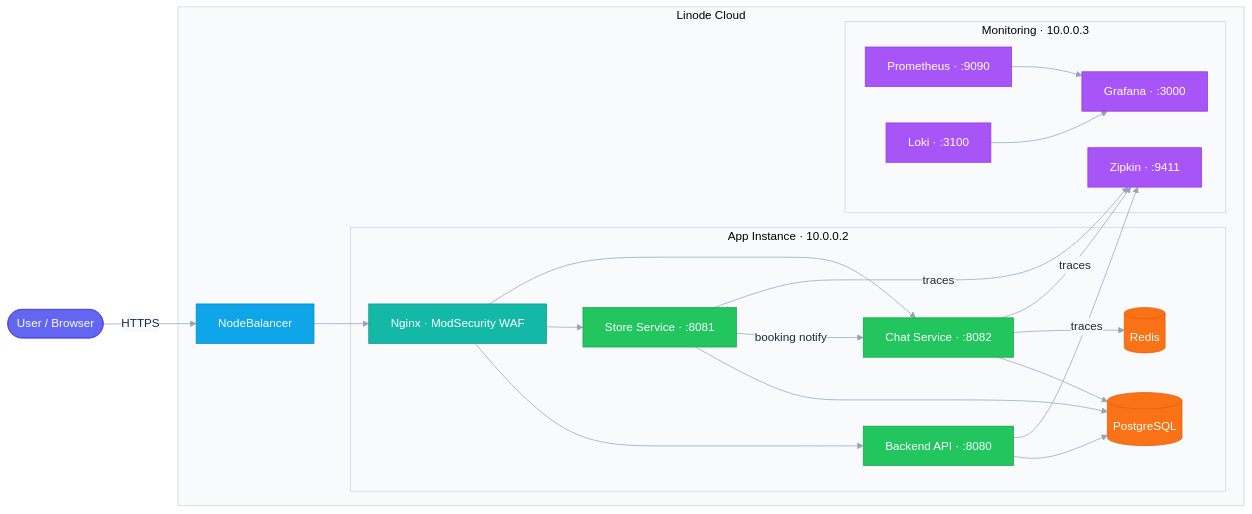
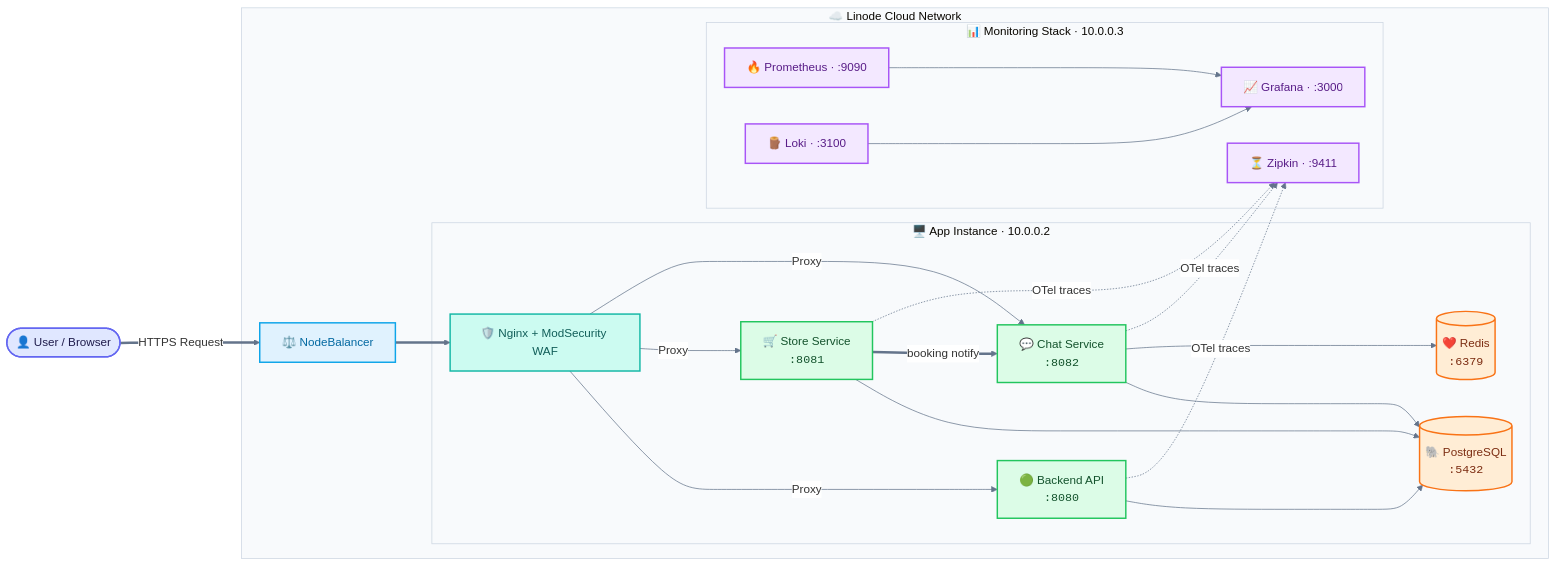
Before and after one commit to kennethatria/myGuy: the first of 2 diagrams in README.md, drawn with Mermaid. The commit also changed other lines of this file, not shown here.

Commit message:
docs: improve diagrams

````diff
--- a/README.md
+++ b/README.md
@@ -15,49 +15,58 @@
 ```mermaid
-%%{init: {'theme': 'base', 'themeVariables': {'primaryColor': '#ffffff', 'primaryBorderColor': '#cbd5e1', 'primaryTextColor': '#1e293b', 'clusterBkg': '#f8fafc', 'clusterBorder': '#cbd5e1', 'edgeLabelBackground': '#f8fafc', 'lineColor': '#94a3b8'}}}%%
+%%{init: {'theme': 'base', 'themeVariables': {'clusterBkg': '#f8fafc', 'clusterBorder': '#cbd5e1', 'edgeLabelBackground': '#ffffff', 'lineColor': '#64748b'}}}%%
 
 graph LR
-    classDef external   fill:#6366f1,stroke:#4f46e5,color:#fff
-    classDef lb         fill:#0ea5e9,stroke:#0284c7,color:#fff
-    classDef gateway    fill:#14b8a6,stroke:#0d9488,color:#fff
-    classDef service    fill:#22c55e,stroke:#16a34a,color:#fff
-    classDef database   fill:#f97316,stroke:#ea580c,color:#fff
-    classDef monitoring fill:#a855f7,stroke:#9333ea,color:#fff
+    %% Custom Semantic Styling
+    classDef external   fill:#e0e7ff,stroke:#6366f1,color:#1e1b4b,stroke-width:2px;
+    classDef lb         fill:#e0f2fe,stroke:#0ea5e9,color:#0369a1,stroke-width:2px;
+    classDef gateway    fill:#ccfbf1,stroke:#14b8a6,color:#115e59,stroke-width:2px;
+    classDef service    fill:#dcfce7,stroke:#22c55e,color:#14532d,stroke-width:2px;
+    classDef database   fill:#ffedd5,stroke:#f97316,color:#7c2d12,stroke-width:2px;
+    classDef monitoring fill:#f3e8ff,stroke:#a855f7,color:#581c87,stroke-width:2px;
 
-    User(["User / Browser"]):::external
+    %% Nodes Definitions
+    User(["👤 User / Browser"]):::external
 
-    subgraph Linode["Linode Cloud"]
-        NB["NodeBalancer"]:::lb
+    subgraph Linode["☁️ Linode Cloud Network"]
+        NB["⚖️ NodeBalancer"]:::lb
 
-        subgraph App["App Instance · 10.0.0.2"]
-            WAF["Nginx · ModSecurity WAF"]:::gateway
-            API["Backend API · :8080"]:::service
-            STORE["Store Service · :8081"]:::service
-            CHAT["Chat Service · :8082"]:::service
-            PG[("PostgreSQL")]:::database
-            REDIS[("Redis")]:::database
+        subgraph App["🖥️ App Instance · 10.0.0.2"]
+            WAF["🛡️ Nginx + ModSecurity WAF"]:::gateway
+            API["🟢 Backend API<br/><code>:8080</code>"]:::service
+            STORE["🛒 Store Service<br/><code>:8081</code>"]:::service
+            CHAT["💬 Chat Service<br/><code>:8082</code>"]:::service
+            PG[("🐘 PostgreSQL<br/><code>:5432</code>")]:::database
+            REDIS[("❤️ Redis<br/><code>:6379</code>")]:::database
         end
 
-        subgraph Mon["Monitoring · 10.0.0.3"]
-            ZIPKIN["Zipkin · :9411"]:::monitoring
-            PROM["Prometheus · :9090"]:::monitoring
-            LOKI["Loki · :3100"]:::monitoring
-            GRAFANA["Grafana · :3000"]:::monitoring
+        subgraph Mon["📊 Monitoring Stack · 10.0.0.3"]
+            ZIPKIN["⏳ Zipkin · :9411"]:::monitoring
+            PROM["🔥 Prometheus · :9090"]:::monitoring
+            LOKI["🪵 Loki · :3100"]:::monitoring
+            GRAFANA["📈 Grafana · :3000"]:::monitoring
         end
     end
 
-    User -->|HTTPS| NB
-    NB --> WAF
-    WAF --> API
-    WAF --> STORE
-    WAF --> CHAT
-    API --> PG
-    STORE --> PG
-    CHAT --> PG
-    CHAT --> REDIS
-    STORE -->|booking notify| CHAT
-    API -->|traces| ZIPKIN
-    STORE -->|traces| ZIPKIN
-    CHAT -->|traces| ZIPKIN
-    PROM --> GRAFANA
-    LOKI --> GRAFANA
+    %% Flow Topology
+    User ==>|HTTPS Request| NB
+    NB ==> WAF
+    
+    WAF -->|Proxy| API
+    WAF -->|Proxy| STORE
+    WAF -->|Proxy| CHAT
+
+    API ---> PG
+    STORE ---> PG
+    CHAT ---> PG
+    CHAT ---> REDIS
+    
+    STORE ==>|booking notify| CHAT
+
+    %% Telemetry & Logging
+    API -.->|OTel traces| ZIPKIN
+    STORE -.->|OTel traces| ZIPKIN
+    CHAT -.->|OTel traces| ZIPKIN
+    
+    PROM ---> GRAFANA
+    LOKI ---> GRAFANA
 ```
````
